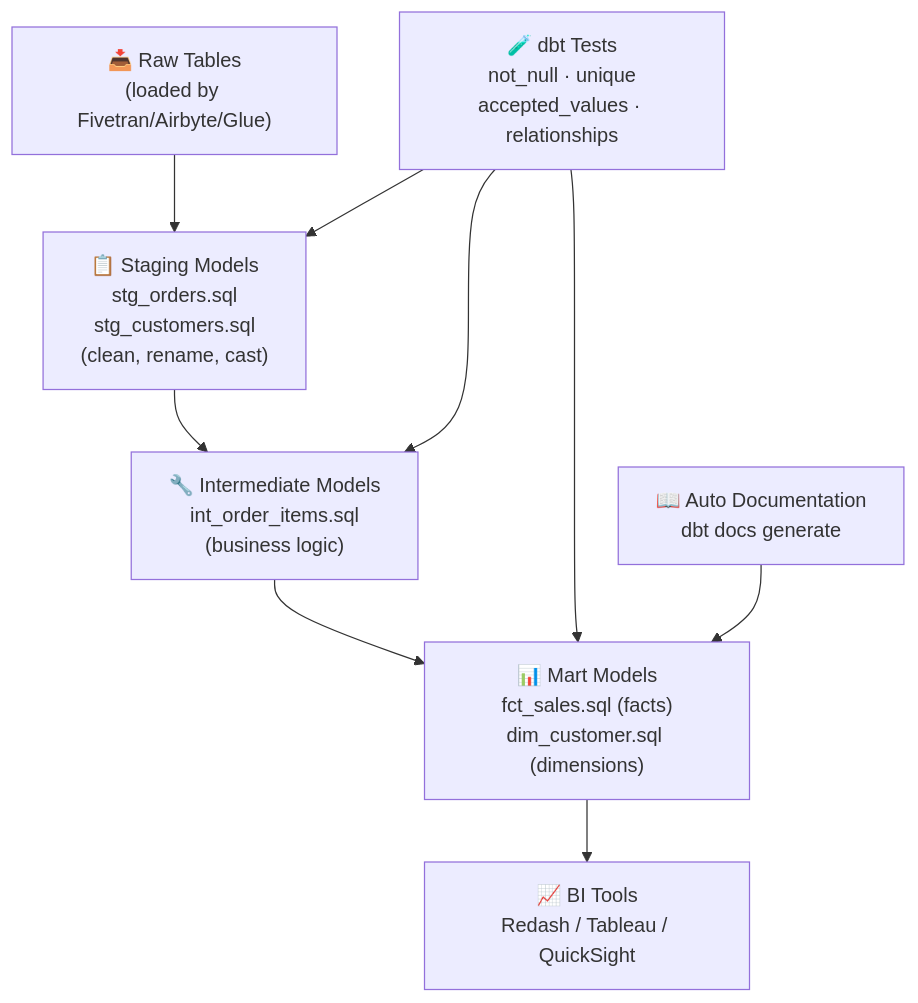
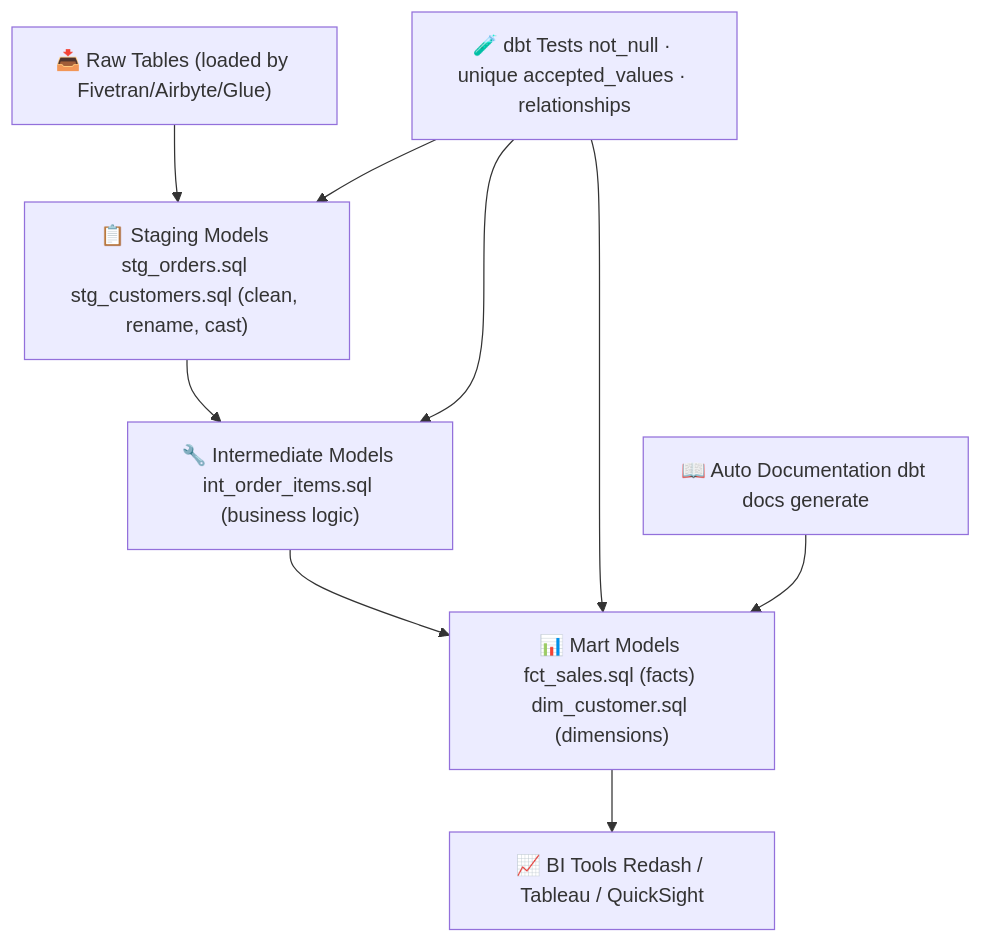
Before and after one commit to naveenkumar1661997/notes: the fourth of 4 diagrams in data-engineer.md, drawn with Mermaid. The commit also changed other lines of this file and 12 other files, not shown here.

```diff
--- a/data-engineer.md
+++ b/data-engineer.md
@@ -238,13 +221,13 @@
 <pre class="mermaid">
 flowchart TD
-    RAW["📥 Raw Tables\n(loaded by Fivetran/Airbyte/Glue)"]
-    RAW --> STG["📋 Staging Models\nstg_orders.sql\nstg_customers.sql\n(clean, rename, cast)"]
-    STG --> INT["🔧 Intermediate Models\nint_order_items.sql\n(business logic)"]
-    INT --> MART["📊 Mart Models\nfct_sales.sql (facts)\ndim_customer.sql (dimensions)"]
-    MART --> BI["📈 BI Tools\nRedash / Tableau / QuickSight"]
+    RAW["📥 Raw Tables (loaded by Fivetran/Airbyte/Glue)"]
+    RAW --> STG["📋 Staging Models stg_orders.sql stg_customers.sql (clean, rename, cast)"]
+    STG --> INT["🔧 Intermediate Models int_order_items.sql (business logic)"]
+    INT --> MART["📊 Mart Models fct_sales.sql (facts) dim_customer.sql (dimensions)"]
+    MART --> BI["📈 BI Tools Redash / Tableau / QuickSight"]
 
-    TESTS["🧪 dbt Tests\nnot_null · unique\naccepted_values · relationships"] --> STG
+    TESTS["🧪 dbt Tests not_null · unique accepted_values · relationships"] --> STG
     TESTS --> INT
     TESTS --> MART
-    DOCS["📖 Auto Documentation\ndbt docs generate"] --> MART
+    DOCS["📖 Auto Documentation dbt docs generate"] --> MART
 </pre>
```
